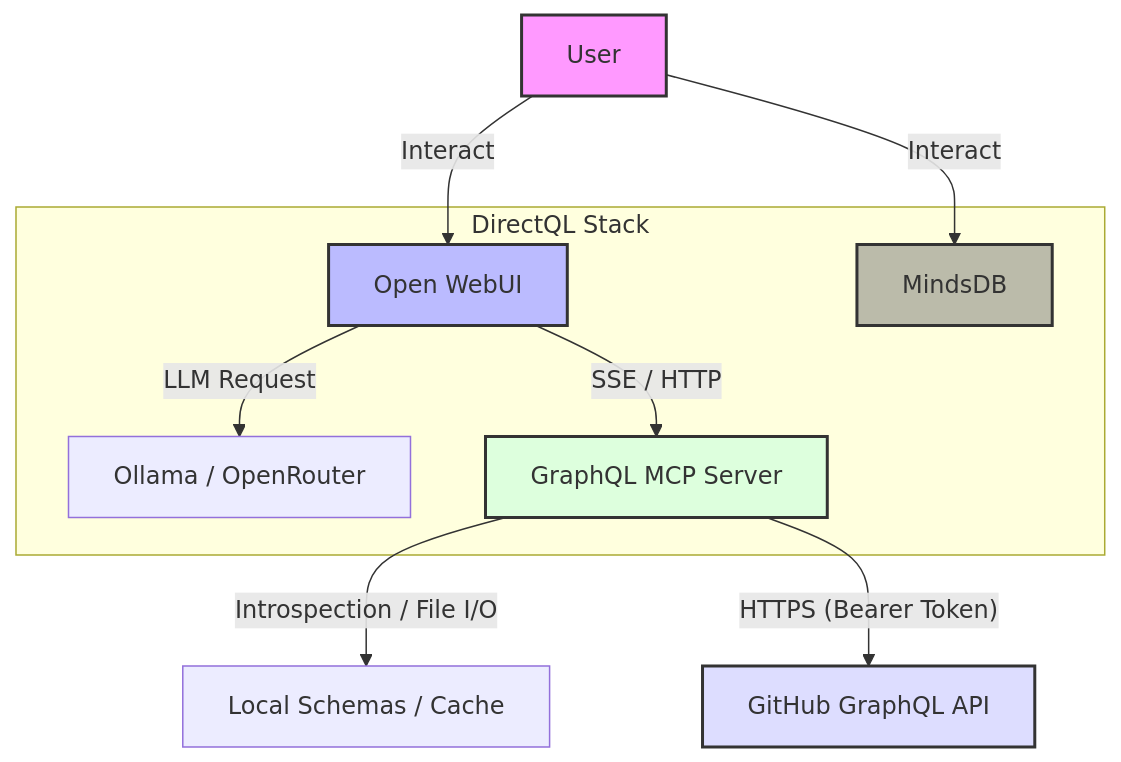
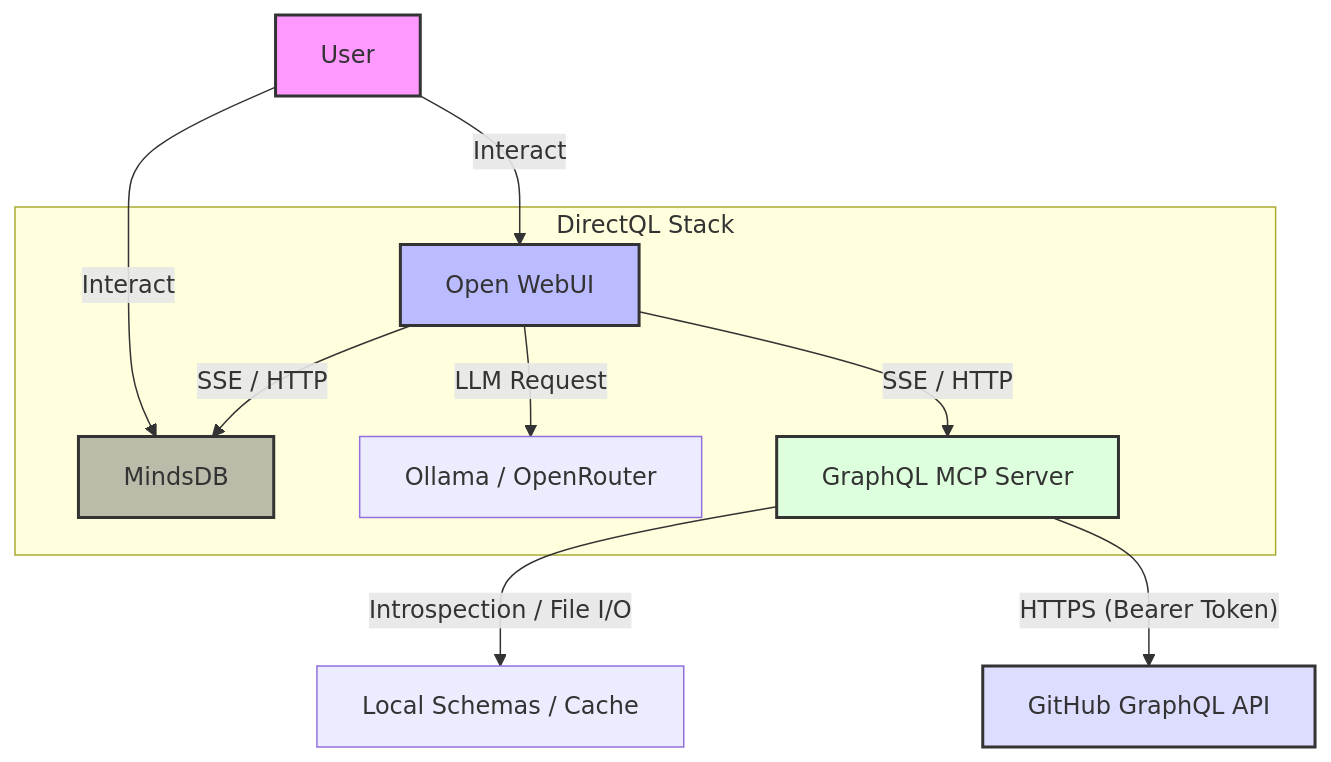
Before and after one commit to andreibesleaga/DirectQL: the first of 2 diagrams in README.md, drawn with Mermaid.

Commit message:
DirectQL - change: docs

````diff
--- a/README.md
+++ b/README.md
@@ -29,24 +29,25 @@
 ```mermaid
 graph TD
     User[User] -->|Interact| UI[Open WebUI]
     User[User] -->|Interact| DB[MindsDB]
 
     UI -->|LLM Request| Ollama[Ollama / OpenRouter]
     UI -->|SSE / HTTP| MCP[GraphQL MCP Server]
+    UI -->|SSE / HTTP| DB[MindsDB]
 
     subgraph "DirectQL Stack"
         UI
         MCP
         DB
         Ollama
     end
 
     MCP -->|Introspection / File I/O| Schema[Local Schemas / Cache]
     MCP -- "HTTPS (Bearer Token)" --> GitHub[GitHub GraphQL API]
 
     style User fill:#f9f,stroke:#333,stroke-width:2px
     style UI fill:#bbf,stroke:#333,stroke-width:2px
     style MCP fill:#dfd,stroke:#333,stroke-width:2px
     style DB fill:#bba,stroke:#333,stroke-width:2px
     style GitHub fill:#ddf,stroke:#333,stroke-width:2px
 ```
````
